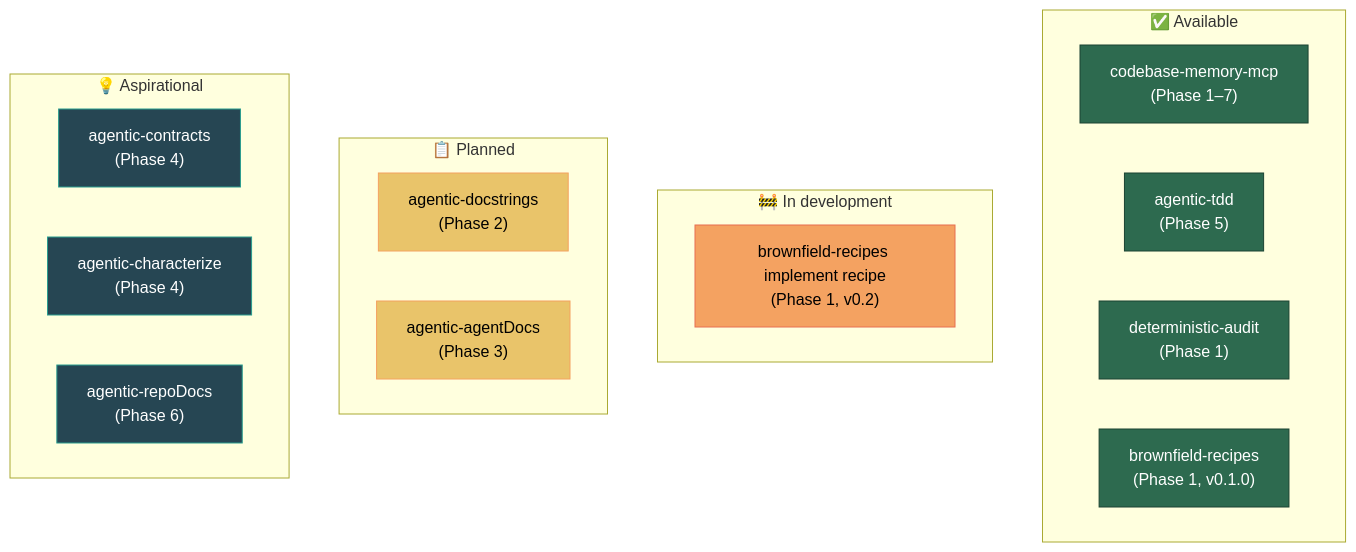
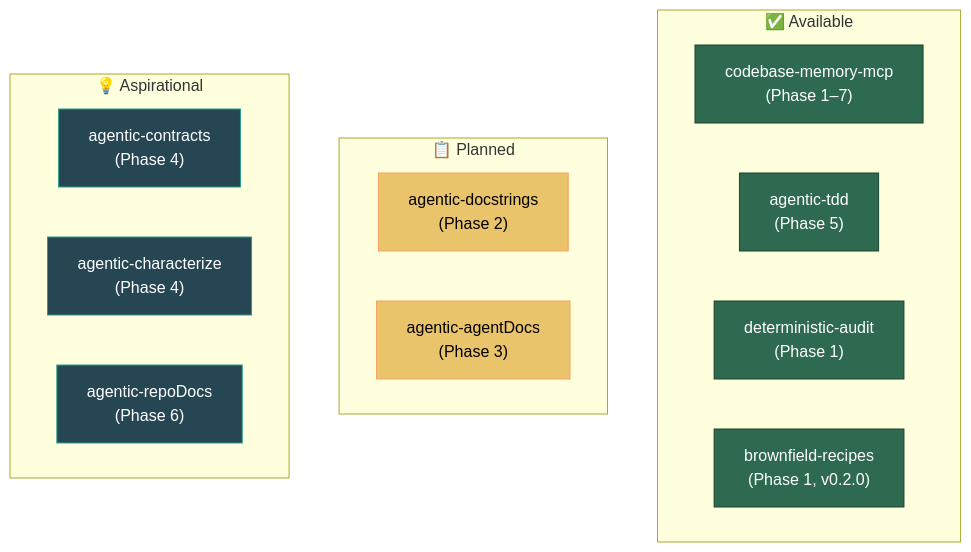
One commit to Nistapp/codebase-agentic-readiness-framework changed the second of 2 diagrams in shared/Tool-Ecosystem.md. Above: the diagram before and after it, drawn with Mermaid. The commit also changed other lines of this file and 10 other files, not shown here.

````diff
--- a/shared/Tool-Ecosystem.md
+++ b/shared/Tool-Ecosystem.md
@@ -86,32 +86,28 @@
 ```mermaid
 graph TB
     subgraph "✅ Available"
         T1["codebase-memory-mcp\n(Phase 1–7)"]
         T2["agentic-tdd\n(Phase 5)"]
         T8["deterministic-audit\n(Phase 1)"]
-        T9["brownfield-recipes\n(Phase 1, v0.1.0)"]
-    end
-    subgraph "🚧 In development"
-        T10["brownfield-recipes implement recipe\n(Phase 1, v0.2)"]
+        T9["brownfield-recipes\n(Phase 1, v0.2.0)"]
     end
     subgraph "📋 Planned"
         T3["agentic-docstrings\n(Phase 2)"]
         T4["agentic-agentDocs\n(Phase 3)"]
     end
     subgraph "💡 Aspirational"
         T5["agentic-contracts\n(Phase 4)"]
         T6["agentic-characterize\n(Phase 4)"]
         T7["agentic-repoDocs\n(Phase 6)"]
     end
 
     style T1 fill:#2d6a4f,stroke:#1b4332,color:#fff
     style T2 fill:#2d6a4f,stroke:#1b4332,color:#fff
     style T8 fill:#2d6a4f,stroke:#1b4332,color:#fff
     style T9 fill:#2d6a4f,stroke:#1b4332,color:#fff
-    style T10 fill:#f4a261,stroke:#e76f51,color:#000
     style T3 fill:#e9c46a,stroke:#f4a261,color:#000
     style T4 fill:#e9c46a,stroke:#f4a261,color:#000
     style T5 fill:#264653,stroke:#2a9d8f,color:#fff
     style T6 fill:#264653,stroke:#2a9d8f,color:#fff
     style T7 fill:#264653,stroke:#2a9d8f,color:#fff
 ```
````
